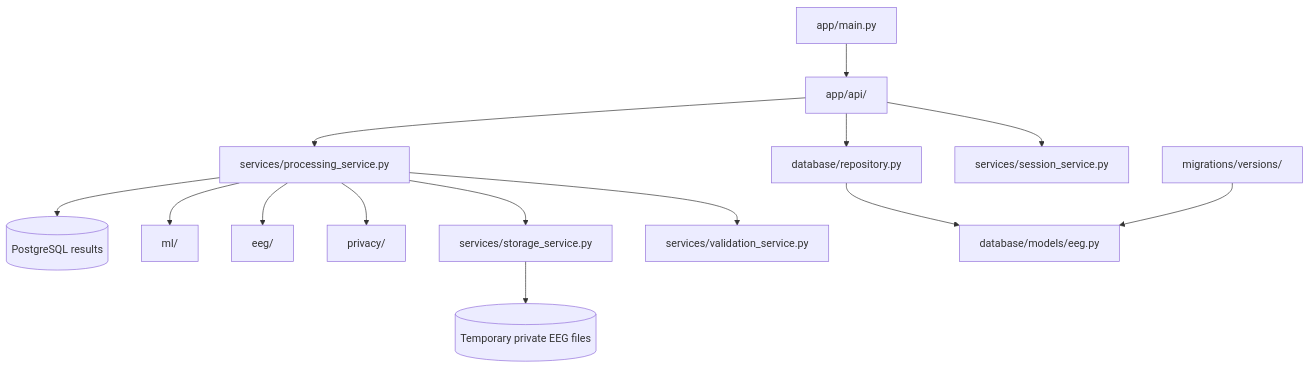
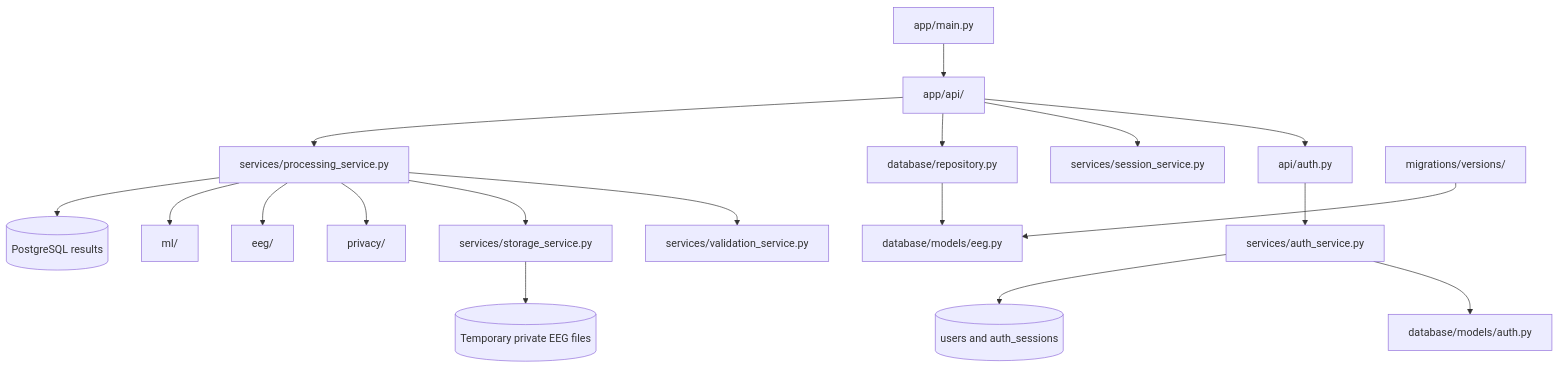
The first of 5 diagrams in docs/backend.md (4ffaad/FYP-MDS01), drawn with Mermaid before and after one commit. The commit also changed other lines of this file and 41 other files, not shown here.

````diff
--- a/docs/backend.md
+++ b/docs/backend.md
@@ -7,16 +7,20 @@
 ```mermaid
 flowchart TD
     Main[app/main.py] --> Routes[app/api/]
+    Routes --> Auth[api/auth.py]
+    Auth --> AuthService[services/auth_service.py]
+    AuthService --> AuthModels[database/models/auth.py]
+    AuthService --> AuthDB[(users and auth_sessions)]
     Routes --> SessionService[services/session_service.py]
     Routes --> Repository[database/repository.py]
     Routes --> Processing[services/processing_service.py]
     Processing --> Validation[services/validation_service.py]
     Processing --> Storage[services/storage_service.py]
     Processing --> Privacy[privacy/]
     Processing --> EEG[eeg/]
     Processing --> ML[ml/]
     Repository --> Models[database/models/eeg.py]
     Migrations[migrations/versions/] --> Models
     Processing --> PostgreSQL[(PostgreSQL results)]
     Storage --> Files[(Temporary private EEG files)]
 ```
````
